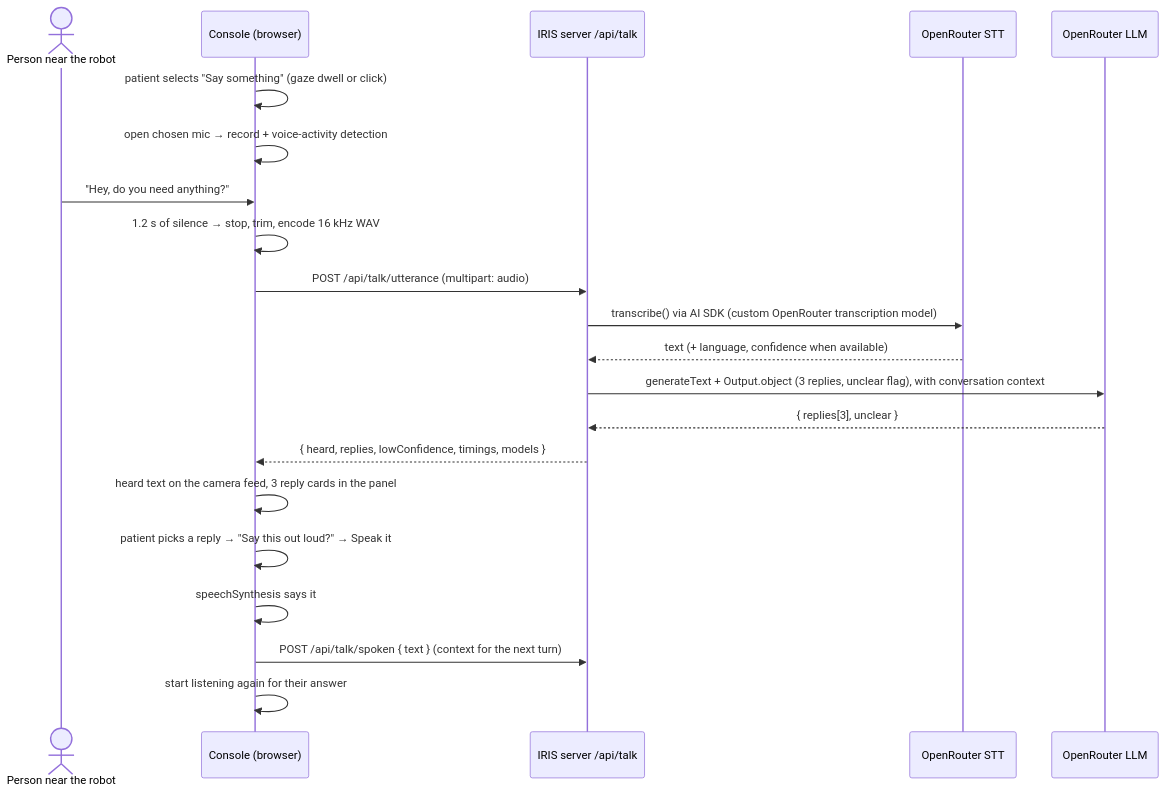
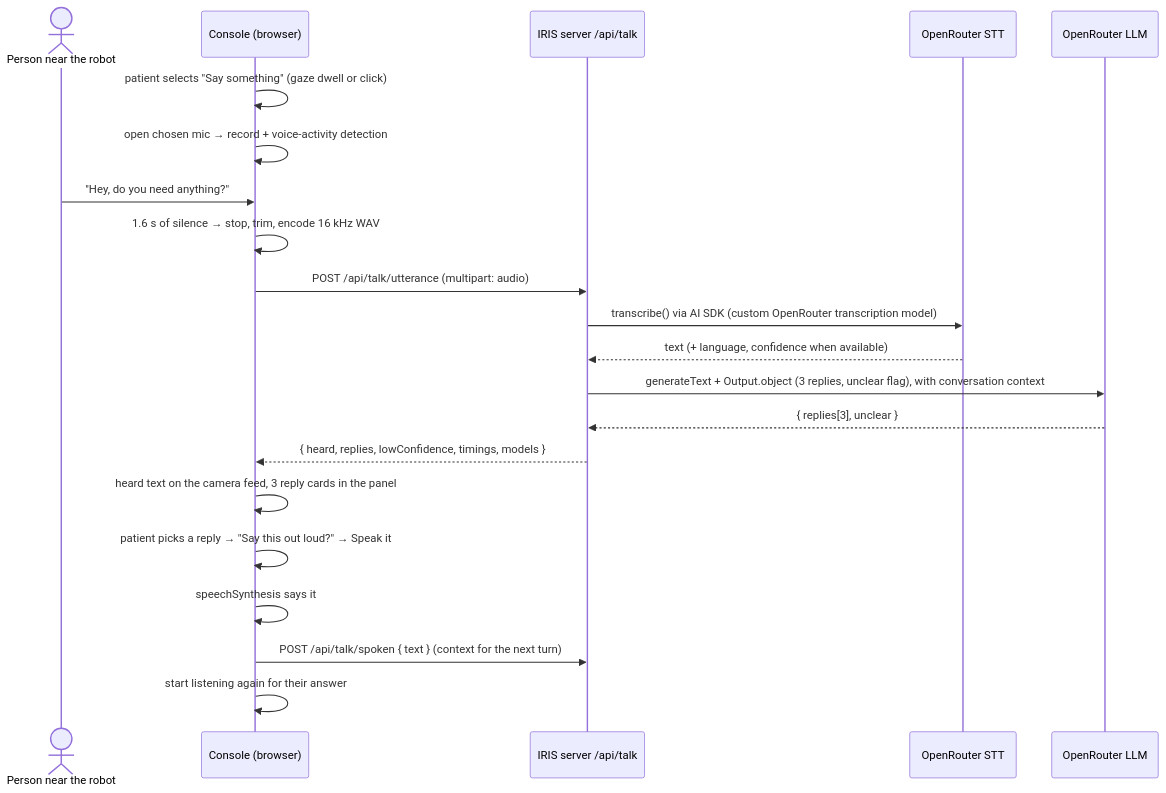
One commit to sahilchabra09/Teekhi_Nazaar changed the diagram in docs/talk.md. Above: the diagram before and after it, drawn with Mermaid. The commit also changed other lines of this file and 4 other files, not shown here.

````diff
--- a/docs/talk.md
+++ b/docs/talk.md
@@ -30,24 +31,24 @@
 ```mermaid
 sequenceDiagram
     actor O as Person near the robot
     participant UI as Console (browser)
     participant S as IRIS server /api/talk
     participant STT as OpenRouter STT
     participant LLM as OpenRouter LLM
 
     UI->>UI: patient selects "Say something" (gaze dwell or click)
     UI->>UI: open chosen mic → record + voice-activity detection
     O->>UI: "Hey, do you need anything?"
-    UI->>UI: 1.2 s of silence → stop, trim, encode 16 kHz WAV
+    UI->>UI: 1.6 s of silence → stop, trim, encode 16 kHz WAV
     UI->>S: POST /api/talk/utterance (multipart: audio)
     S->>STT: transcribe() via AI SDK (custom OpenRouter transcription model)
     STT-->>S: text (+ language, confidence when available)
     S->>LLM: generateText + Output.object (3 replies, unclear flag), with conversation context
     LLM-->>S: { replies[3], unclear }
     S-->>UI: { heard, replies, lowConfidence, timings, models }
     UI->>UI: heard text on the camera feed, 3 reply cards in the panel
     UI->>UI: patient picks a reply → "Say this out loud?" → Speak it
     UI->>UI: speechSynthesis says it
     UI->>S: POST /api/talk/spoken { text }   (context for the next turn)
     UI->>UI: start listening again for their answer
 ```
````
